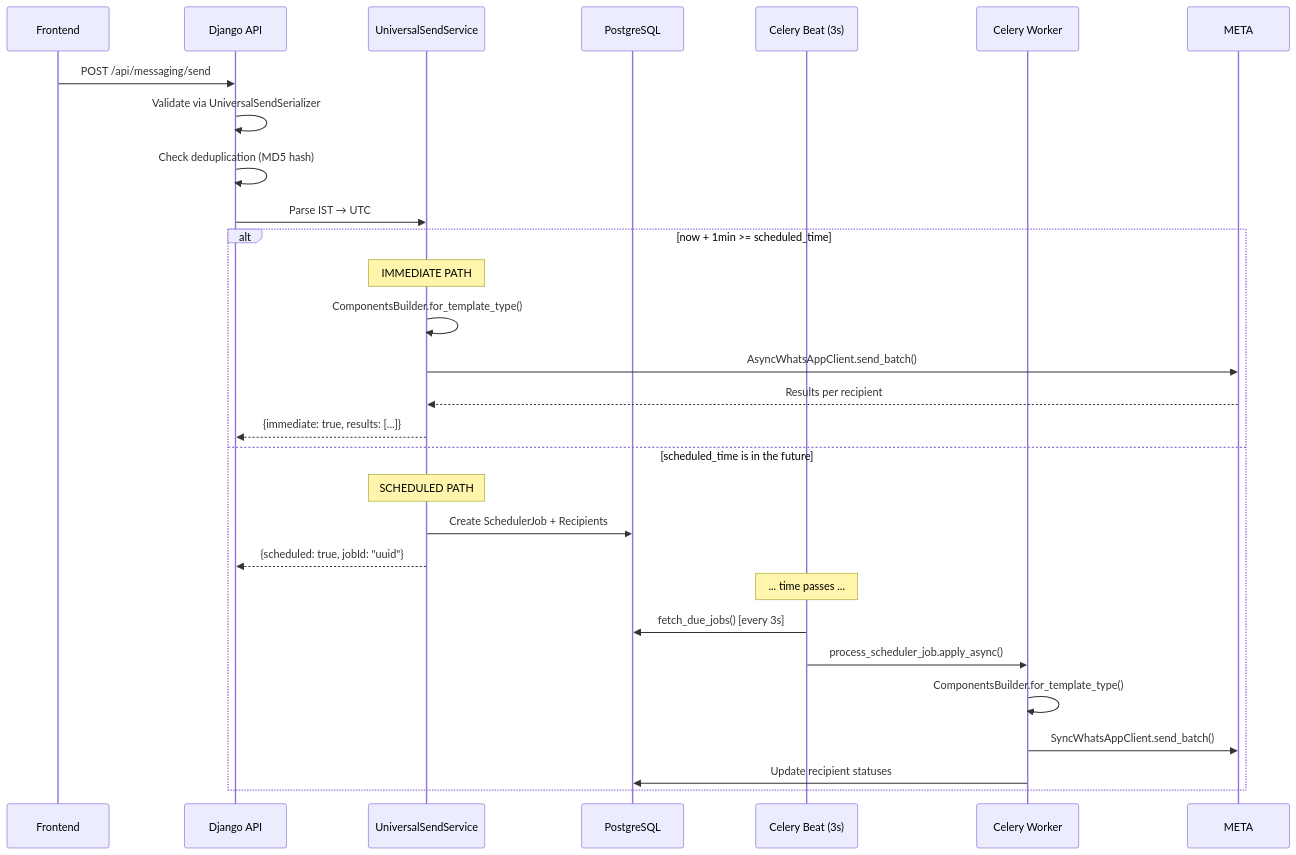
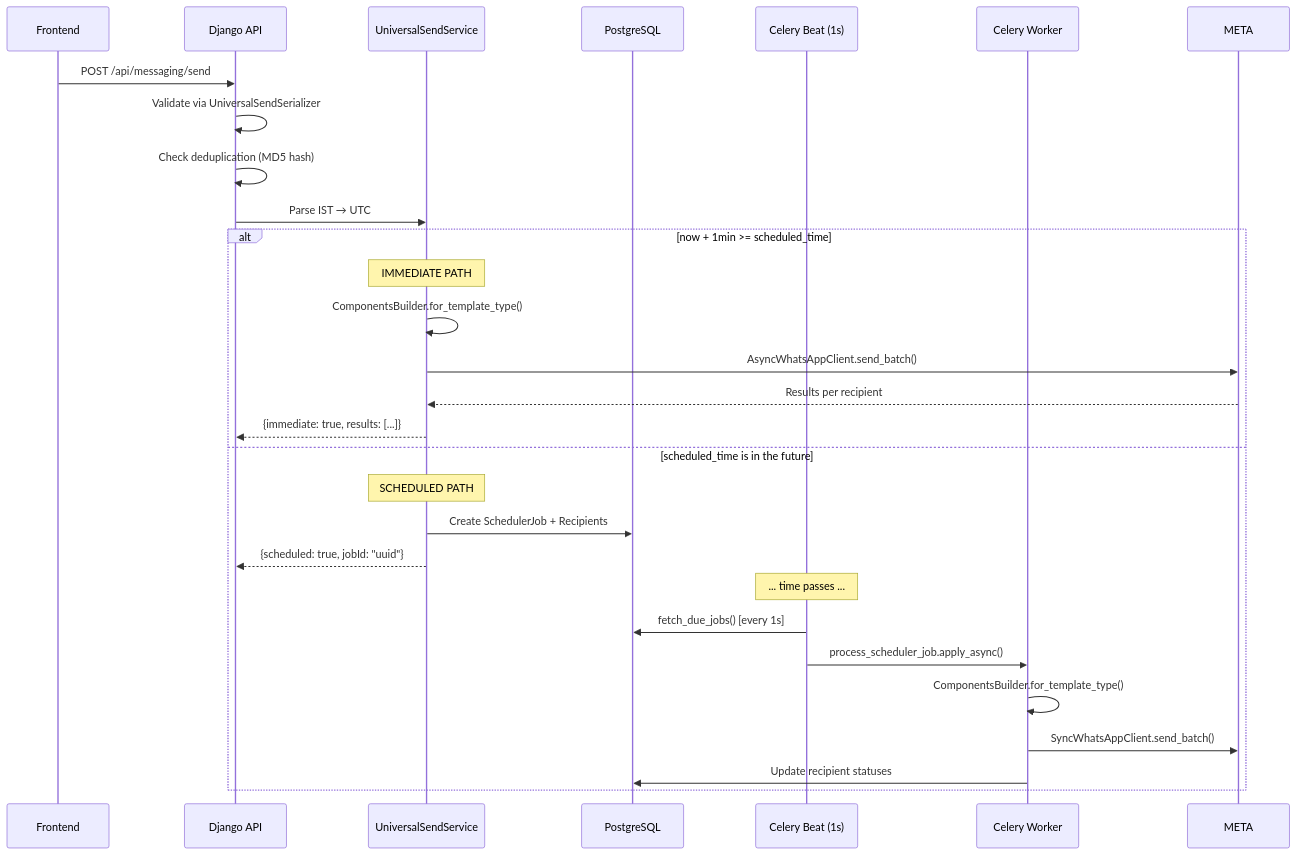
Before and after one commit to om-ghante/easy-blogs: the fourth of 13 diagrams in whatsapp Graph Api/sending_templates_via_graph_api.md, drawn with Mermaid. The commit also changed other lines of this file and 1 other file, not shown here.

````diff
--- a/whatsapp Graph Api/sending_templates_via_graph_api.md
+++ b/whatsapp Graph Api/sending_templates_via_graph_api.md
@@ -433,32 +458,32 @@
 ```mermaid
 sequenceDiagram
     participant FE as Frontend
     participant API as Django API
     participant SVC as UniversalSendService
     participant DB as PostgreSQL
-    participant BEAT as Celery Beat (3s)
+    participant BEAT as Celery Beat (1s)
     participant WORKER as Celery Worker
 
     FE->>API: POST /api/messaging/send
     API->>API: Validate via UniversalSendSerializer
     API->>API: Check deduplication (MD5 hash)
     API->>SVC: Parse IST → UTC
 
     alt now + 1min >= scheduled_time
         Note over SVC: IMMEDIATE PATH
         SVC->>SVC: ComponentsBuilder.for_template_type()
         SVC->>META: AsyncWhatsAppClient.send_batch()
         META-->>SVC: Results per recipient
         SVC-->>API: {immediate: true, results: [...]}
     else scheduled_time is in the future
         Note over SVC: SCHEDULED PATH
         SVC->>DB: Create SchedulerJob + Recipients
         SVC-->>API: {scheduled: true, jobId: "uuid"}
         Note over BEAT: ... time passes ...
-        BEAT->>DB: fetch_due_jobs() [every 3s]
+        BEAT->>DB: fetch_due_jobs() [every 1s]
         BEAT->>WORKER: process_scheduler_job.apply_async()
         WORKER->>WORKER: ComponentsBuilder.for_template_type()
         WORKER->>META: SyncWhatsAppClient.send_batch()
         WORKER->>DB: Update recipient statuses
     end
 ```
````
